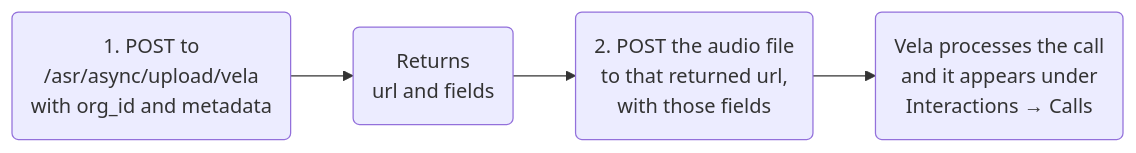
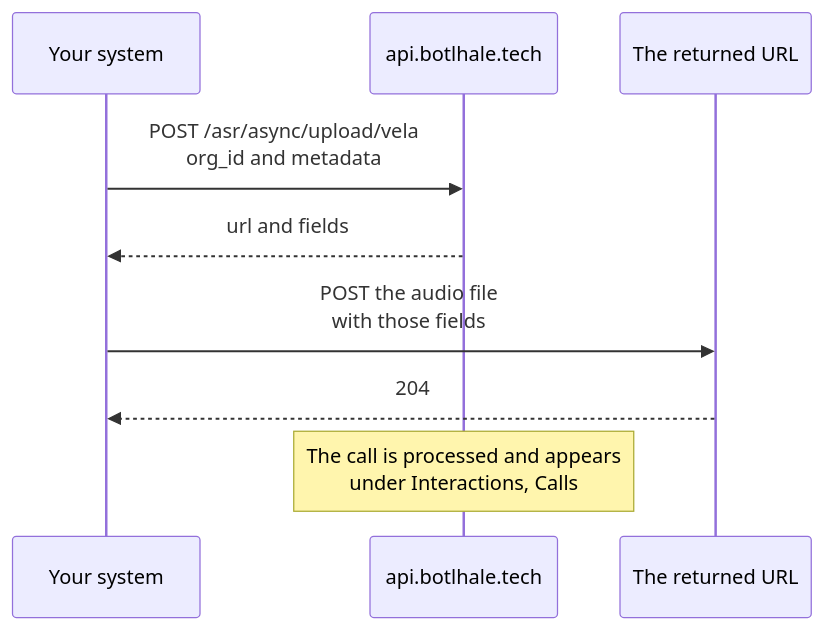
One commit to Botlhale-AI/docs-vela changed the diagram in docs/advanced/api-documentation.md. Above: the diagram before and after it, drawn with Mermaid. The commit also changed other lines of this file, not shown here.

Commit message:
docs: use the diagram type that matches the content

````diff
--- a/docs/advanced/api-documentation.md
+++ b/docs/advanced/api-documentation.md
@@ -134,6 +134,11 @@
 ```mermaid
-flowchart LR
-    A("1. POST to<br/>/asr/async/upload/vela<br/>with org_id and metadata") --> B("Returns<br/>url and fields")
-    B --> C("2. POST the audio file<br/>to that returned url,<br/>with those fields")
-    C --> D("Vela processes the call<br/>and it appears under<br/>Interactions → Calls")
+sequenceDiagram
+    participant You as Your system
+    participant Vela as api.botlhale.tech
+    participant Store as The returned URL
+    You->>Vela: POST /asr/async/upload/vela<br/>org_id and metadata
+    Vela-->>You: url and fields
+    You->>Store: POST the audio file<br/>with those fields
+    Store-->>You: 204
+    Note over Vela: The call is processed and appears<br/>under Interactions, Calls
 ```
````
